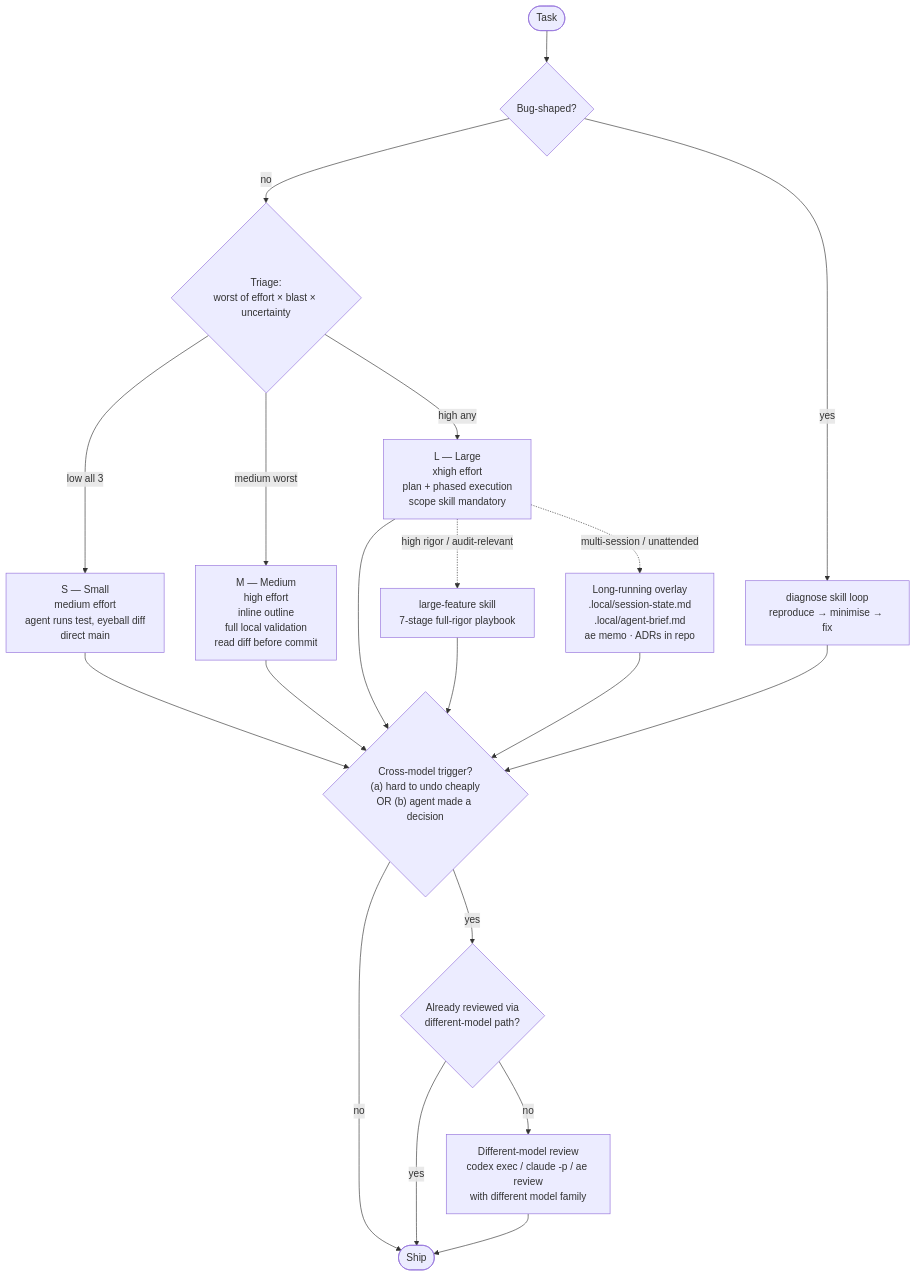
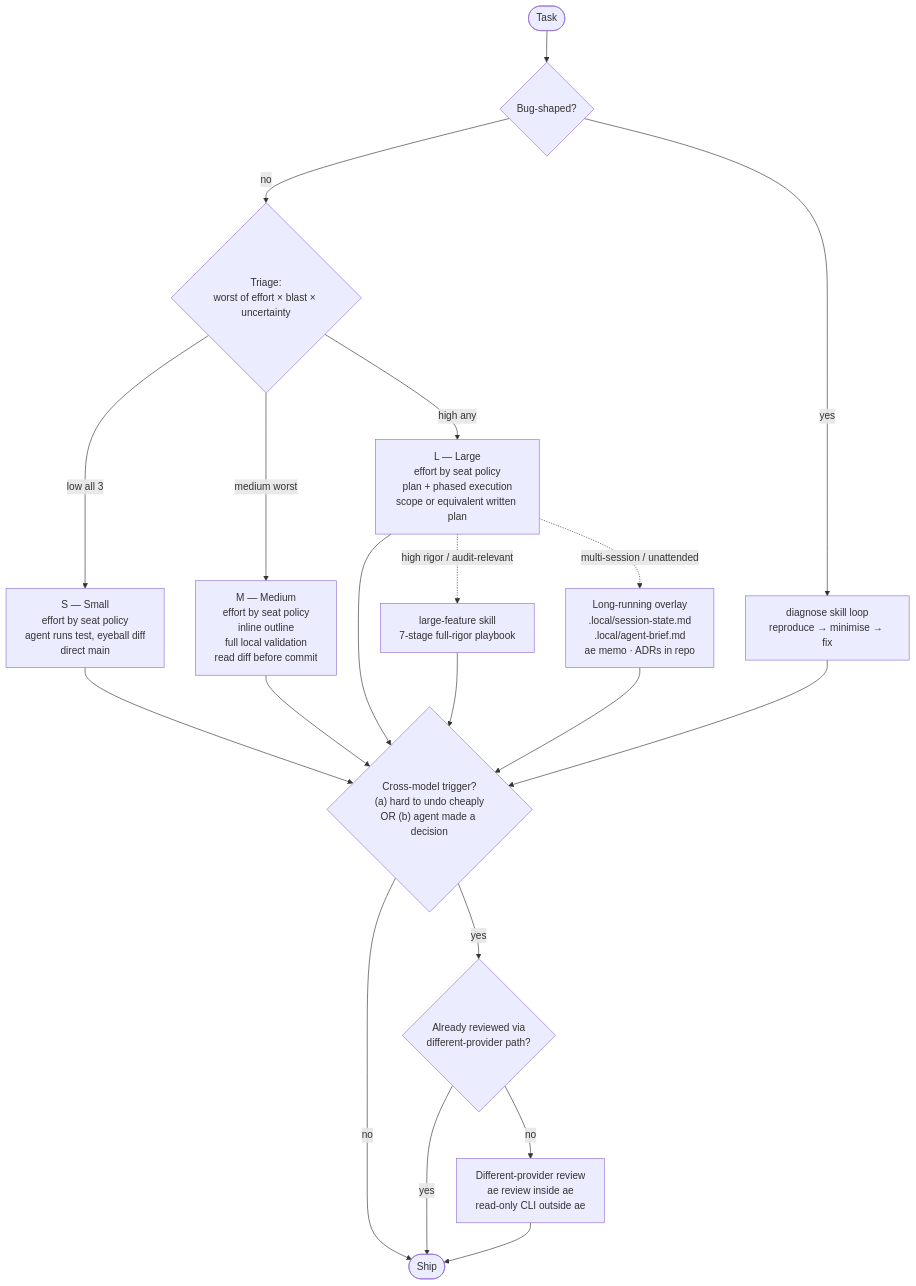
Before and after one commit to clemens33/dotfiles: the diagram in WORKFLOW.md, drawn with Mermaid. The commit also changed other lines of this file and 4 other files, not shown here.

````diff
--- a/WORKFLOW.md
+++ b/WORKFLOW.md
@@ -21,27 +21,27 @@
 ```mermaid
 flowchart TD
     Task([Task]) --> BugCheck{Bug-shaped?}
     BugCheck -- yes --> Diag[diagnose skill loop<br/>reproduce → minimise → fix]
     BugCheck -- no --> Triage{"Triage:<br/>worst of effort × blast × uncertainty"}
 
-    Triage -- low all 3 --> S["S — Small<br/>medium effort<br/>agent runs test, eyeball diff<br/>direct main"]
-    Triage -- medium worst --> M["M — Medium<br/>high effort<br/>inline outline<br/>full local validation<br/>read diff before commit"]
-    Triage -- high any --> L["L — Large<br/>xhigh effort<br/>plan + phased execution<br/>scope skill mandatory"]
+    Triage -- low all 3 --> S["S — Small<br/>effort by seat policy<br/>agent runs test, eyeball diff<br/>direct main"]
+    Triage -- medium worst --> M["M — Medium<br/>effort by seat policy<br/>inline outline<br/>full local validation<br/>read diff before commit"]
+    Triage -- high any --> L["L — Large<br/>effort by seat policy<br/>plan + phased execution<br/>scope or equivalent written plan"]
 
     L -. high rigor / audit-relevant .-> Playbook["large-feature skill<br/>7-stage full-rigor playbook"]
     L -. multi-session / unattended .-> LR["Long-running overlay<br/>.local/session-state.md<br/>.local/agent-brief.md<br/>ae memo · ADRs in repo"]
 
     S --> Gate
     M --> Gate
     L --> Gate
     Playbook --> Gate
     LR --> Gate
     Diag --> Gate
 
     Gate{"Cross-model trigger?<br/>(a) hard to undo cheaply<br/>OR (b) agent made a decision"}
     Gate -- no --> Ship([Ship])
-    Gate -- yes --> CMR{Already reviewed via<br/>different-model path?}
+    Gate -- yes --> CMR{Already reviewed via<br/>different-provider path?}
     CMR -- yes --> Ship
-    CMR -- no --> Review[Different-model review<br/>codex exec / claude -p / ae review<br/>with different model family]
+    CMR -- no --> Review[Different-provider review<br/>ae review inside ae<br/>read-only CLI outside ae]
     Review --> Ship
 ```
````
